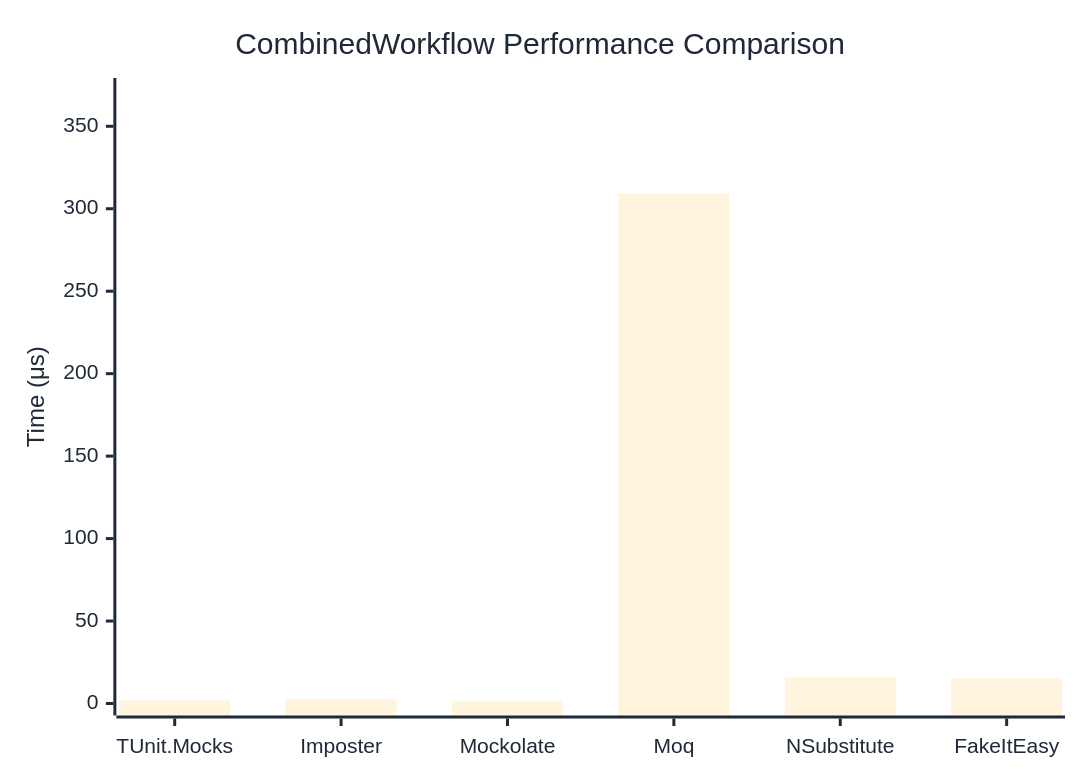
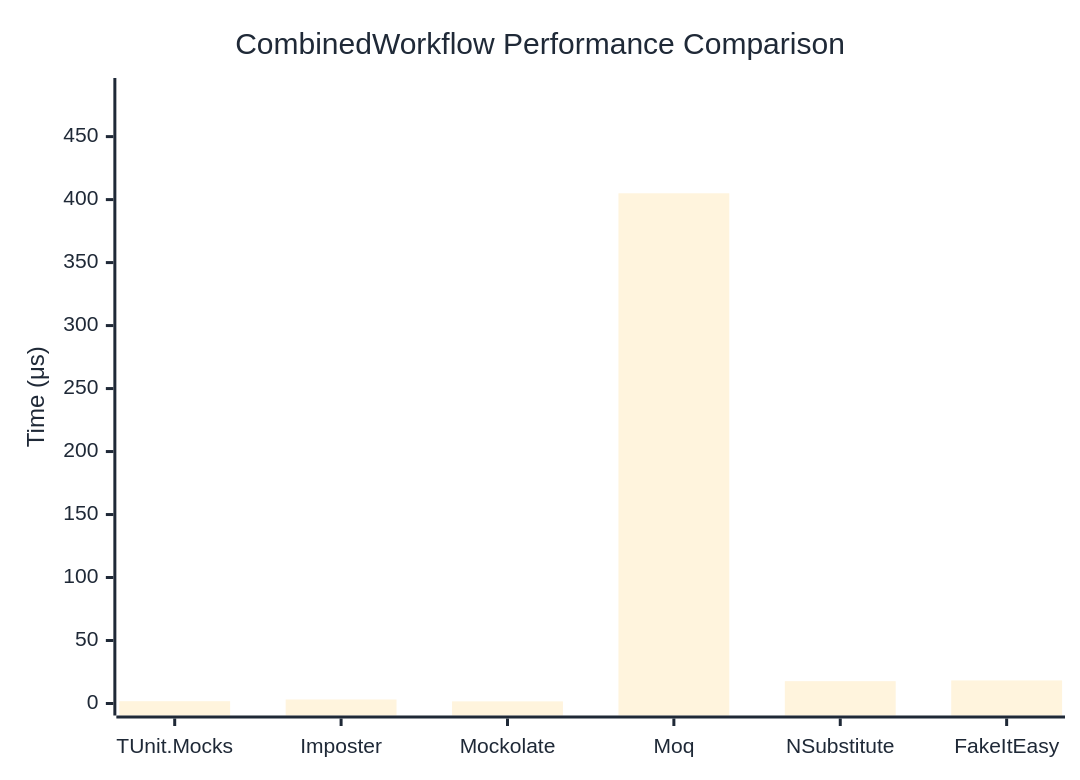
One commit to thomhurst/TUnit changed the diagram in docs/docs/benchmarks/mocks/CombinedWorkflow.md. Above: the diagram before and after it, drawn with Mermaid. The commit also changed other lines of this file and 14 other files, not shown here.

````diff
--- a/docs/docs/benchmarks/mocks/CombinedWorkflow.md
+++ b/docs/docs/benchmarks/mocks/CombinedWorkflow.md
@@ -30,27 +30,27 @@
 ```mermaid
 %%{init: {
   'theme':'base',
   'themeVariables': {
     'primaryColor': '#2563eb',
     'primaryTextColor': '#1f2937',
     'primaryBorderColor': '#1e40af',
     'lineColor': '#6b7280',
     'secondaryColor': '#7c3aed',
     'tertiaryColor': '#dc2626',
     'background': '#ffffff',
     'pie1': '#2563eb',
     'pie2': '#7c3aed',
     'pie3': '#dc2626',
     'pie4': '#f59e0b',
     'pie5': '#10b981',
     'pie6': '#06b6d4',
     'pie7': '#ec4899',
     'pie8': '#6366f1'
   }
 }}%%
 xychart-beta
   title "CombinedWorkflow Performance Comparison"
   x-axis ["TUnit.Mocks", "Imposter", "Mockolate", "Moq", "NSubstitute", "FakeItEasy"]
-  y-axis "Time (μs)" 0 --> 372
-  bar [1.825, 2.574, 1.629, 309.266, 15.855, 15.304]
+  y-axis "Time (μs)" 0 --> 487
+  bar [1.841, 3.202, 1.69, 405.01, 17.727, 18.313]
 ```
````
